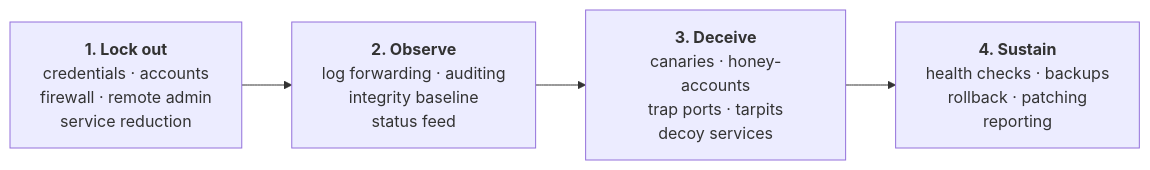
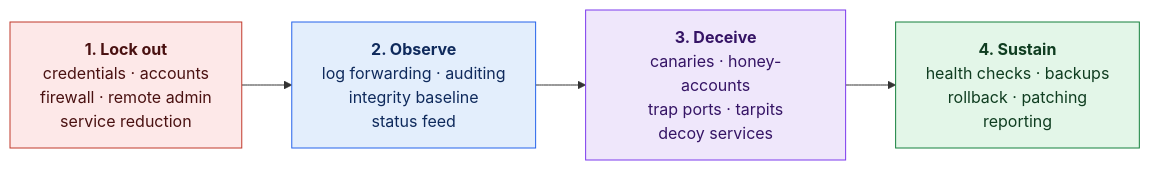
One commit to dotnetdork/Labyrinth changed the first of 3 diagrams in docs/design/00-Module-Contract-and-Layout.md. Above: the diagram before and after it, drawn with Mermaid. The commit also changed other lines of this file and 12 other files, not shown here.

````diff
--- a/docs/design/00-Module-Contract-and-Layout.md
+++ b/docs/design/00-Module-Contract-and-Layout.md
@@ -20,8 +20,16 @@
 ```mermaid
 flowchart LR
     L["<b>1. Lock out</b><br/>credentials · accounts<br/>firewall · remote admin<br/>service reduction"]
     O["<b>2. Observe</b><br/>log forwarding · auditing<br/>integrity baseline<br/>status feed"]
     D["<b>3. Deceive</b><br/>canaries · honey-accounts<br/>trap ports · tarpits<br/>decoy services"]
     S["<b>4. Sustain</b><br/>health checks · backups<br/>rollback · patching<br/>reporting"]
     L --> O --> D --> S
+    classDef lockout fill:#fde8e8,stroke:#c0392b,color:#4a1111
+    classDef observe fill:#e3eefc,stroke:#2563eb,color:#0f2a5c
+    classDef deceive fill:#efe7fb,stroke:#7c3aed,color:#351465
+    classDef sustain fill:#e3f6e8,stroke:#15803d,color:#0f3d20
+    class L lockout
+    class O observe
+    class D deceive
+    class S sustain
 ```
````
